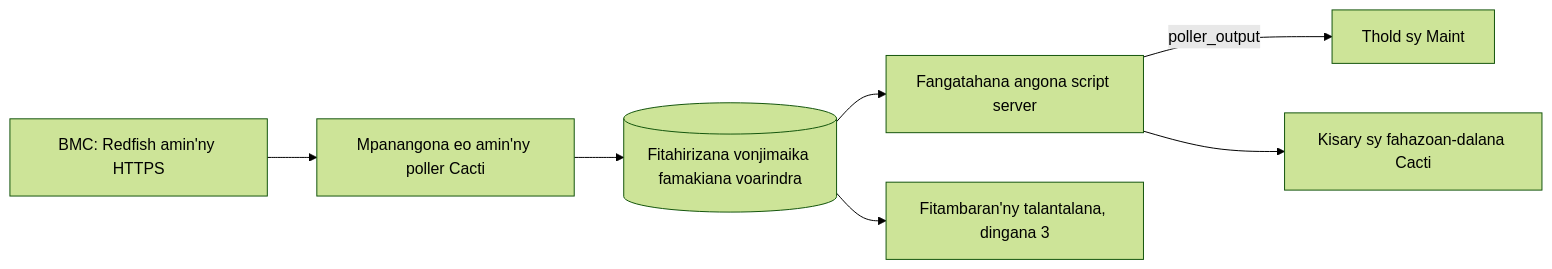
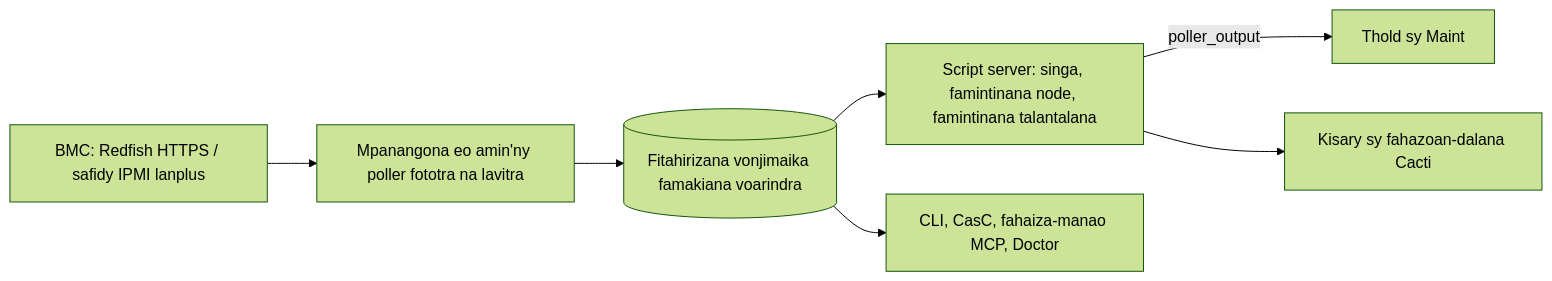
One commit to somethingwithproof/plugin_redfish changed the diagram in docs/i18n/mg-MG/README.md. Above: the diagram before and after it, drawn with Mermaid (forest theme). The commit also changed other lines of this file and 47 other files, not shown here.

````diff
--- a/docs/i18n/mg-MG/README.md
+++ b/docs/i18n/mg-MG/README.md
@@ -100,9 +140,9 @@
 ```mermaid
 flowchart LR
-    BMC["BMC: Redfish amin'ny HTTPS"] --> C["Mpanangona eo amin'ny poller Cacti"]
+    BMC["BMC: Redfish HTTPS / safidy IPMI lanplus"] --> C["Mpanangona eo amin'ny poller fototra na lavitra"]
     C --> CACHE[("Fitahirizana vonjimaika famakiana voarindra")]
-    CACHE --> SS["Fangatahana angona script server"]
+    CACHE --> SS["Script server: singa, famintinana node, famintinana talantalana"]
     SS -->|poller_output| T["Thold sy Maint"]
     SS --> G["Kisary sy fahazoan-dalana Cacti"]
-    CACHE --> R["Fitambaran'ny talantalana, dingana 3"]
+    CACHE --> ECO["CLI, CasC, fahaiza-manao MCP, Doctor"]
 ```
````
